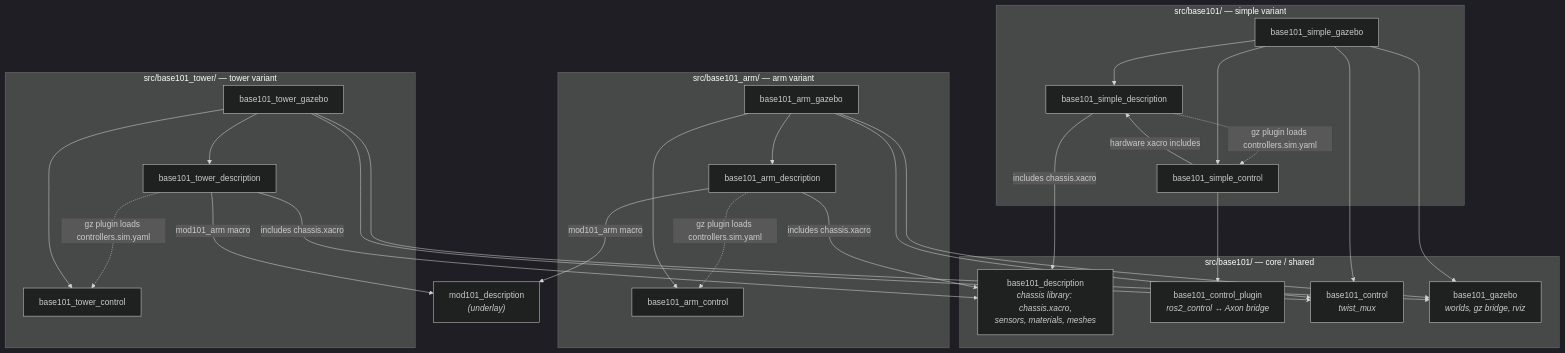
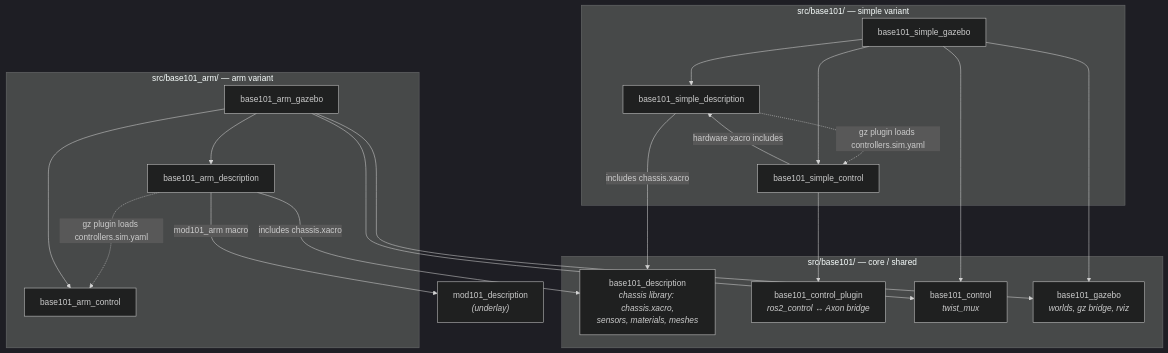
One commit to cristidragomir97/base101 changed the diagram in README.md. Above: the diagram before and after it, drawn with Mermaid (dark theme). The commit also changed other lines of this file and 186 other files, not shown here.

````diff
--- a/README.md
+++ b/README.md
@@ -100,50 +101,40 @@
 ```mermaid
 graph TD
     subgraph shared["src/base101/ — core / shared"]
         DESC["base101_description<br/><i>chassis library: chassis.xacro,<br/>sensors, materials, meshes</i>"]
         PLUGIN["base101_control_plugin<br/><i>ros2_control ↔ Axon bridge</i>"]
         CTRL["base101_control<br/><i>twist_mux</i>"]
         GZ["base101_gazebo<br/><i>worlds, gz bridge, rviz</i>"]
     end
 
     subgraph simple["src/base101/ — simple variant"]
         SDESC[base101_simple_description]
         SGZ[base101_simple_gazebo]
         SCTRL[base101_simple_control]
     end
 
     subgraph arm["src/base101_arm/ — arm variant"]
         ADESC[base101_arm_description]
         AGZ[base101_arm_gazebo]
         ACTRL[base101_arm_control]
     end
 
-    subgraph tower["src/base101_tower/ — tower variant"]
-        TDESC[base101_tower_description]
-        TGZ[base101_tower_gazebo]
-        TCTRL[base101_tower_control]
-    end
-
     MOD["mod101_description<br/><i>(underlay)</i>"]
 
     %% every variant description includes the shared chassis
     SDESC -->|includes chassis.xacro| DESC
     ADESC -->|includes chassis.xacro| DESC
-    TDESC -->|includes chassis.xacro| DESC
 
-    %% arm/tower pull the mod101 arm macro
+    %% the arm variant pulls the mod101 arm macro
     ADESC -->|mod101_arm macro| MOD
-    TDESC -->|mod101_arm macro| MOD
 
     %% control: hardware bridge + sim controller path
     SCTRL -->|hardware xacro includes| SDESC
     SCTRL --> PLUGIN
     SDESC -.->|gz plugin loads controllers.sim.yaml| SCTRL
     ADESC -.->|gz plugin loads controllers.sim.yaml| ACTRL
-    TDESC -.->|gz plugin loads controllers.sim.yaml| TCTRL
 
     %% gazebo bringup ties description + control + sim-common
     SGZ --> SDESC & SCTRL & GZ & CTRL
     AGZ --> ADESC & ACTRL & GZ & CTRL
-    TGZ --> TDESC & TCTRL & GZ & CTRL
 ```
````
